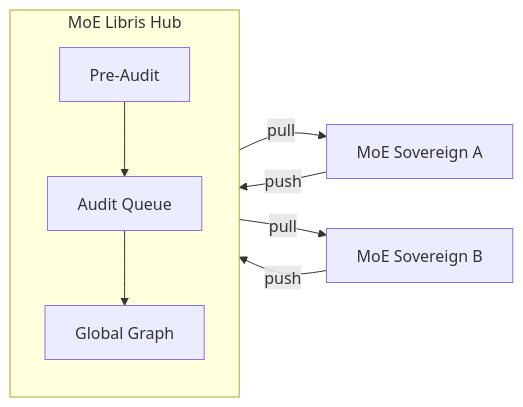
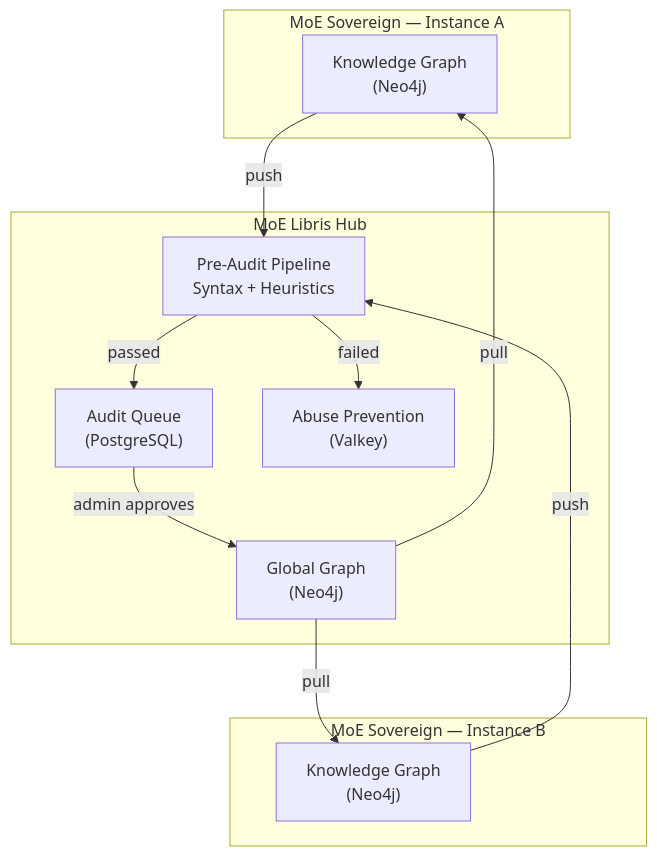
One commit to h3rb3rn/moe-libris changed the diagram in README.md. Above: the diagram before and after it, drawn with Mermaid. The commit also changed other lines of this file and 16 other files, not shown here.

````diff
--- a/README.md
+++ b/README.md
@@ -9,11 +16,25 @@
 ```mermaid
-graph LR
-    A["MoE Sovereign A"] -->|push| Hub["MoE Libris Hub"]
-    B["MoE Sovereign B"] -->|push| Hub
-    Hub -->|pull| A
-    Hub -->|pull| B
+graph TB
+    subgraph A["MoE Sovereign — Instance A"]
+        A_KG["Knowledge Graph<br/>(Neo4j)"]
+    end
 
     subgraph Hub["MoE Libris Hub"]
-        PA["Pre-Audit"] --> AQ["Audit Queue"] --> GG["Global Graph"]
+        PA["Pre-Audit Pipeline<br/>Syntax + Heuristics"]
+        AQ["Audit Queue<br/>(PostgreSQL)"]
+        GG["Global Graph<br/>(Neo4j)"]
+        VK["Abuse Prevention<br/>(Valkey)"]
+        PA -->|passed| AQ
+        PA -->|failed| VK
+        AQ -->|admin approves| GG
     end
+
+    subgraph B["MoE Sovereign — Instance B"]
+        B_KG["Knowledge Graph<br/>(Neo4j)"]
+    end
+
+    A_KG -->|push| PA
+    B_KG -->|push| PA
+    GG -->|pull| A_KG
+    GG -->|pull| B_KG
 ```
````
